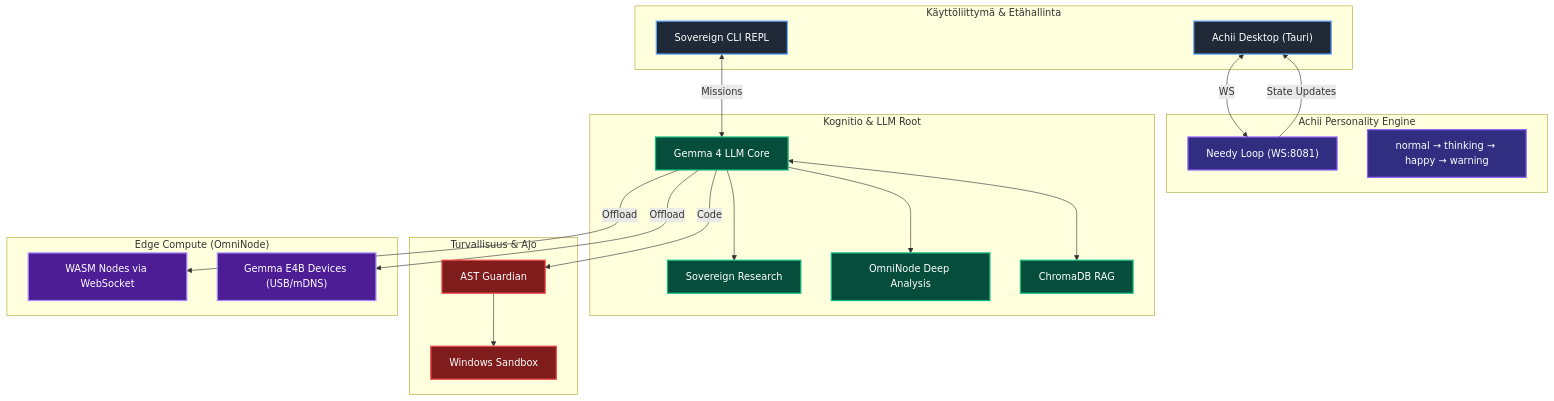
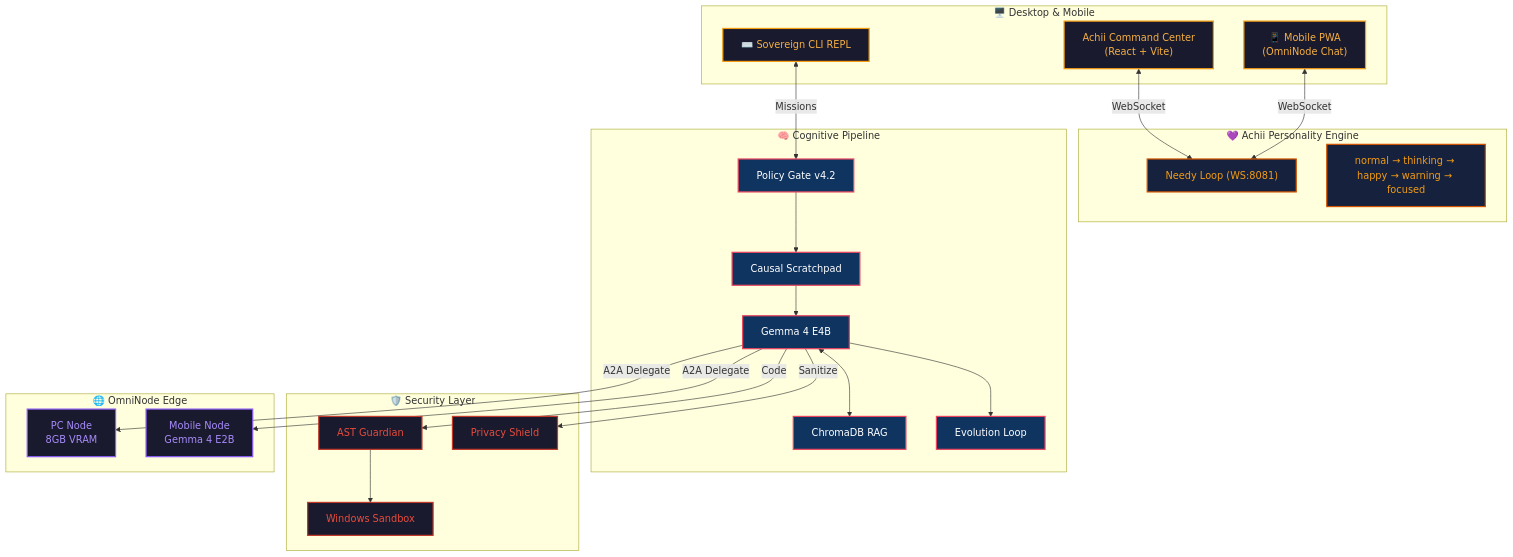
Before and after one commit to harleysederholm-alt/AgentDir: the diagram in README.md, drawn with Mermaid. The commit also changed other lines of this file and 53 other files, not shown here.

First line of the commit message:
feat: Sovereign Engine v4.2 Final — Project Aegis, 3D Avatar, Pipeline Auditor, README overhaul, bloat purge

````diff
--- a/README.md
+++ b/README.md
@@ -42,46 +90,49 @@
 ```mermaid
 graph TD
-    classDef ui fill:#1F2937,stroke:#60A5FA,stroke-width:2px,color:#fff
-    classDef core fill:#312E81,stroke:#8B5CF6,stroke-width:2px,color:#fff
-    classDef mem fill:#064E3B,stroke:#10B981,stroke-width:2px,color:#fff
-    classDef exe fill:#7F1D1D,stroke:#EF4444,stroke-width:2px,color:#fff
-    classDef net fill:#4C1D95,stroke:#A78BFA,stroke-width:2px,color:#fff
+    classDef ui fill:#1a1a2e,stroke:#F39C12,stroke-width:2px,color:#F5B041
+    classDef core fill:#16213e,stroke:#D35400,stroke-width:2px,color:#F39C12
+    classDef mem fill:#0f3460,stroke:#e94560,stroke-width:2px,color:#fff
+    classDef exe fill:#1a1a2e,stroke:#C0392B,stroke-width:2px,color:#E74C3C
+    classDef net fill:#1a1a2e,stroke:#8B5CF6,stroke-width:2px,color:#A78BFA
 
-    subgraph UI["Käyttöliittymä & Etähallinta"]
-        T["Achii Desktop (Tauri)"]:::ui
-        CLI[Sovereign CLI REPL]:::ui
+    subgraph UI["🖥️ Desktop & Mobile"]
+        T["Achii Command Center<br/>(React + Vite)"]:::ui
+        PWA["📱 Mobile PWA<br/>(OmniNode Chat)"]:::ui
+        CLI["⌨️ Sovereign CLI REPL"]:::ui
     end
 
-    subgraph ACHII["Achii Personality Engine"]
+    subgraph ACHII["💜 Achii Personality Engine"]
         NL["Needy Loop (WS:8081)"]:::core
-        States["normal → thinking → happy → warning"]:::core
+        States["normal → thinking → happy → warning → focused"]:::core
     end
 
-    subgraph COGNET["Kognitio & LLM Root"]
-        Sovereign[Sovereign Research]:::mem
-        OC[OmniNode Deep Analysis]:::mem
-        LLM[Gemma 4 LLM Core]:::mem
+    subgraph COGNET["🧠 Cognitive Pipeline"]
+        PG["Policy Gate v4.2"]:::mem
+        CS["Causal Scratchpad"]:::mem
+        LLM["Gemma 4 E4B"]:::mem
         RAG["ChromaDB RAG"]:::mem
+        EVO["Evolution Loop"]:::mem
     end
 
-    subgraph EXEC["Turvallisuus & Ajo"]
-        AST[AST Guardian]:::exe
-        WSBOX[Windows Sandbox]:::exe
+    subgraph EXEC["🛡️ Security Layer"]
+        AST["AST Guardian"]:::exe
+        WSBOX["Windows Sandbox"]:::exe
+        PRIV["Privacy Shield"]:::exe
     end
 
-    subgraph NETWORK["Edge Compute (OmniNode)"]
-        OMNI_WS[WASM Nodes via WebSocket]:::net
-        OMNI_MDNS["Gemma E4B Devices (USB/mDNS)"]:::net
+    subgraph NETWORK["🌐 OmniNode Edge"]
+        PC["PC Node<br/>8GB VRAM"]:::net
+        MOB["Mobile Node<br/>Gemma 4 E2B"]:::net
     end
 
-    T <--> |WS| NL
-    CLI <--> |Missions| LLM
-    NL --> |State Updates| T
+    T <--> |WebSocket| NL
+    PWA <--> |WebSocket| NL
+    CLI <--> |Missions| PG
+    PG --> CS --> LLM
     LLM <--> RAG
-    LLM --> Sovereign
-    LLM --> OC
-    LLM --> |Code| AST
-    AST --> WSBOX
-    LLM --> |Offload| OMNI_WS
-    LLM --> |Offload| OMNI_MDNS
+    LLM --> EVO
+    LLM --> |Code| AST --> WSBOX
+    LLM --> |Sanitize| PRIV
+    LLM --> |A2A Delegate| PC
+    LLM --> |A2A Delegate| MOB
 ```
````
